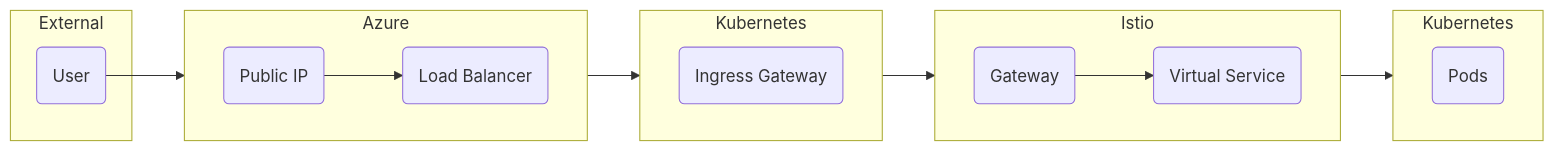
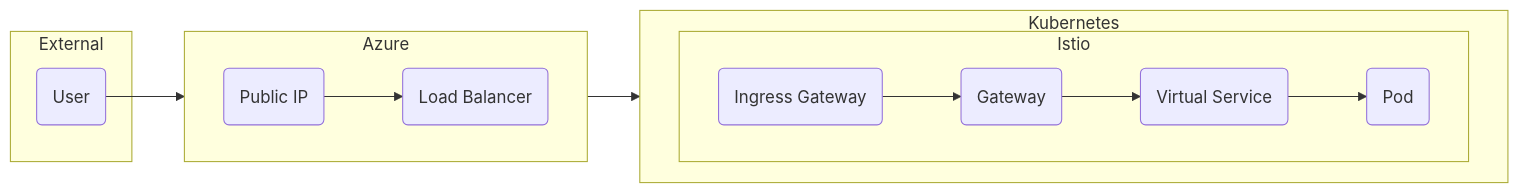
Before and after one commit to ljtill/bicep-istio: the second of 2 diagrams in README.md, drawn with Mermaid.

Commit message:
docs: update architecture diagrams (#34)

````diff
--- a/README.md
+++ b/README.md
@@ -60,26 +60,21 @@
 ```mermaid
 flowchart LR
   subgraph External
     user(User)
   end
 
   subgraph Azure
     direction LR
     user-->ipAddress(Public IP)-->loadBalancer(Load Balancer)
   end
 
-  subgraph kubernetesA[Kubernetes]
+  subgraph kubernetes[Kubernetes]
     direction LR
     loadBalancer-->ingress(Ingress Gateway)
+
+    subgraph istio[Istio]
+      ingress-->gateway(Gateway)-->service(Virtual Service)-->pod(Pod)
+    end
   end
 
-  subgraph Istio
-    direction LR
-    ingress-->gateway(Gateway)-->service(Virtual Service)
-  end
-
-  subgraph kubernetesB[Kubernetes]
-    direction LR
-    service-->pods(Pods)
-  end
 ```
````
